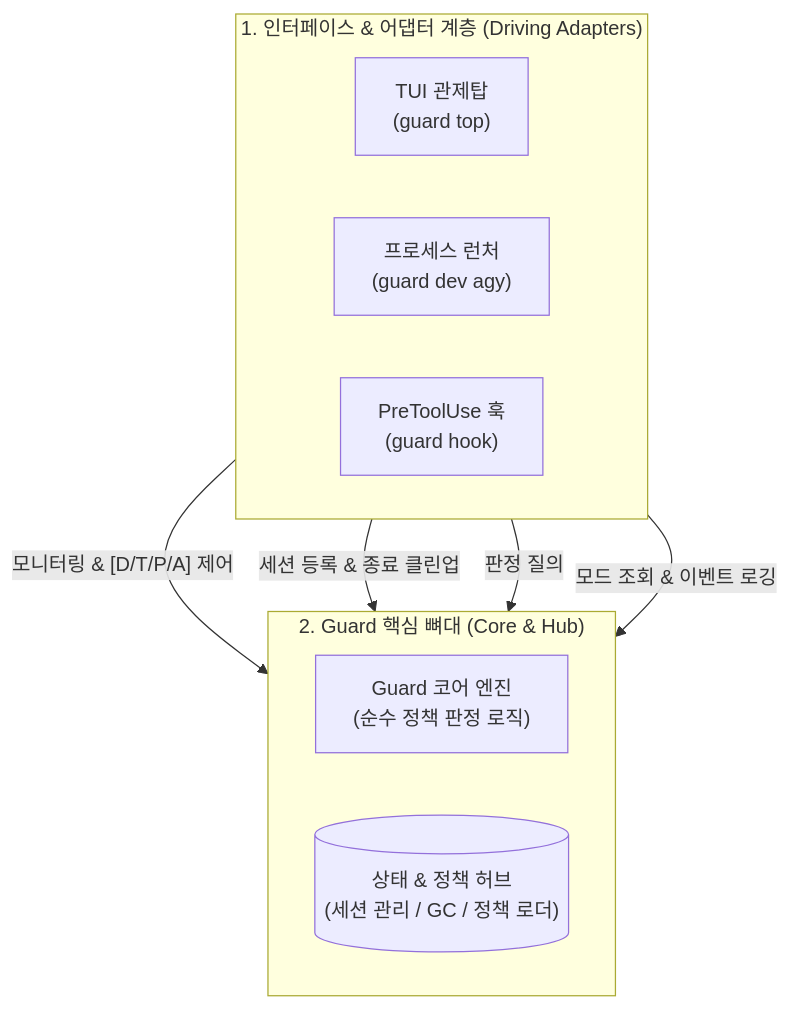
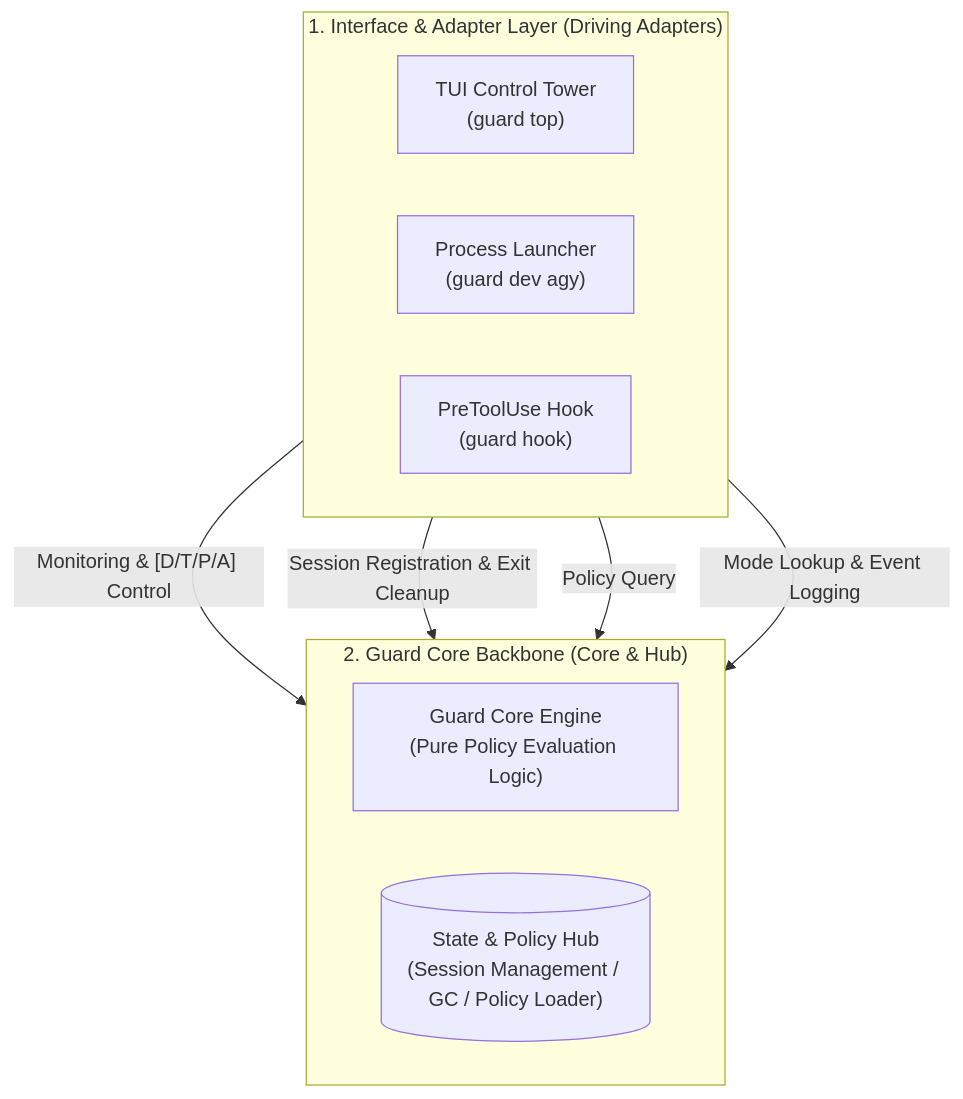
The diagram in README.md (joincdream/guard), drawn with Mermaid before and after one commit. The commit also changed other lines of this file and 27 other files, not shown here.

````diff
--- a/README.md
+++ b/README.md
@@ -31,20 +33,20 @@
 ```mermaid
 flowchart TD
-    subgraph Adapters["1. 인터페이스 & 어댑터 계층 (Driving Adapters)"]
+    subgraph Adapters["1. Interface & Adapter Layer (Driving Adapters)"]
         direction LR
-        TUI["TUI 관제탑\n(guard top)"]
-        Launcher["프로세스 런처\n(guard dev agy)"]
-        Hook["PreToolUse 훅\n(guard hook)"]
+        TUI["TUI Control Tower\n(guard top)"]
+        Launcher["Process Launcher\n(guard dev agy)"]
+        Hook["PreToolUse Hook\n(guard hook)"]
     end
 
-    subgraph Backbone["2. Guard 핵심 뼈대 (Core & Hub)"]
+    subgraph Backbone["2. Guard Core Backbone (Core & Hub)"]
         direction LR
-        Core["Guard 코어 엔진\n(순수 정책 판정 로직)"]
-        Hub[("상태 & 정책 허브\n(세션 관리 / GC / 정책 로더)")]
+        Core["Guard Core Engine\n(Pure Policy Evaluation Logic)"]
+        Hub[("State & Policy Hub\n(Session Management / GC / Policy Loader)")]
     end
 
-    TUI -->|"모니터링 & [D/T/P/A] 제어"| Hub
-    Launcher -->|"세션 등록 & 종료 클린업"| Hub
-    Hook -->|"판정 질의"| Core
-    Hook -->|"모드 조회 & 이벤트 로깅"| Hub
+    TUI -->|"Monitoring & [D/T/P/A] Control"| Hub
+    Launcher -->|"Session Registration & Exit Cleanup"| Hub
+    Hook -->|"Policy Query"| Core
+    Hook -->|"Mode Lookup & Event Logging"| Hub
 ```
````
